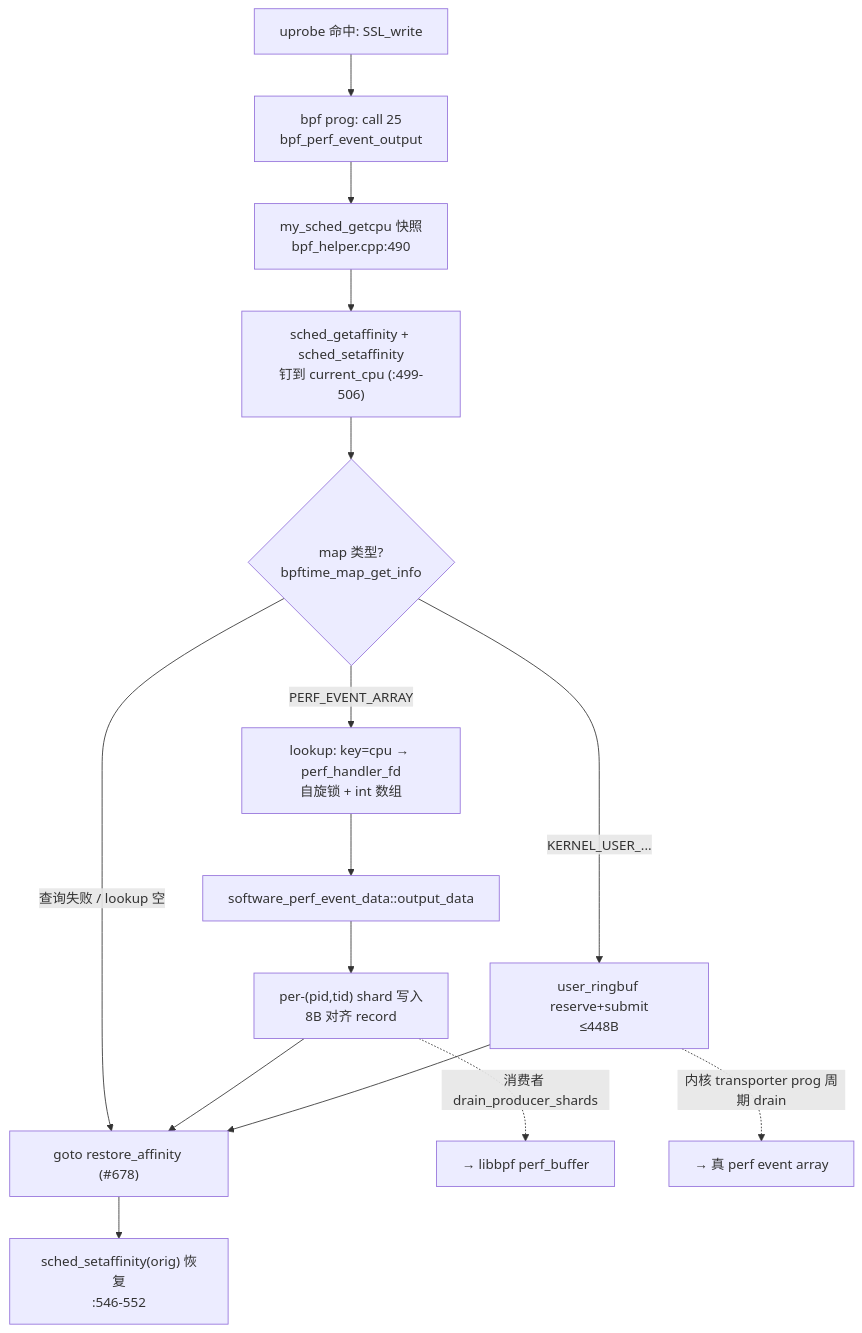
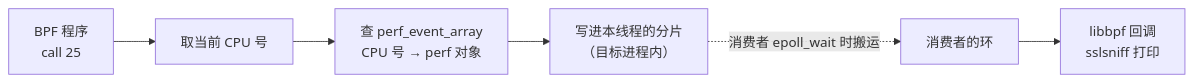
Before and after one commit to plsy1/bpftime-benchmark: the second of 3 diagrams in 06-maps-helpers.md, drawn with Mermaid. The commit also changed other lines of this file and 10 other files, not shown here.

````diff
--- a/06-maps-helpers.md
+++ b/06-maps-helpers.md
@@ -350,17 +290,8 @@
 ```mermaid
-graph TD
-    U["uprobe 命中: SSL_write"] --> P["bpf prog: call 25<br/>bpf_perf_event_output"]
-    P --> S["my_sched_getcpu 快照<br/>bpf_helper.cpp:490"]
-    S --> A["sched_getaffinity + sched_setaffinity<br/>钉到 current_cpu (:499-506)"]
-    A --> T{"map 类型?<br/>bpftime_map_get_info"}
-    T -->|PERF_EVENT_ARRAY| L["lookup: key=cpu → perf_handler_fd<br/>自旋锁 + int 数组"]
-    L --> O["software_perf_event_data::output_data"]
-    O --> W["per-(pid,tid) shard 写入<br/>8B 对齐 record"]
-    T -->|KERNEL_USER_...| K["user_ringbuf reserve+submit<br/>≤448B"]
-    T -->|查询失败 / lookup 空| Z["goto restore_affinity (#678)"]
-    W --> Z
-    K --> Z
-    Z --> RS["sched_setaffinity(orig) 恢复<br/>:546-552"]
-    W -. "消费者 drain_producer_shards" .-> R["→ libbpf perf_buffer"]
-    K -. "内核 transporter prog 周期 drain" .-> X["→ 真 perf event array"]
+graph LR
+    P["BPF 程序<br/>call 25"] --> H["取当前 CPU 号"]
+    H --> M["查 perf_event_array<br/>CPU 号 → perf 对象"]
+    M --> S["写进本线程的分片<br/>（目标进程内）"]
+    S -. "消费者 epoll_wait 时搬运" .-> C["消费者的环"]
+    C --> L["libbpf 回调<br/>sslsniff 打印"]
 ```
````
